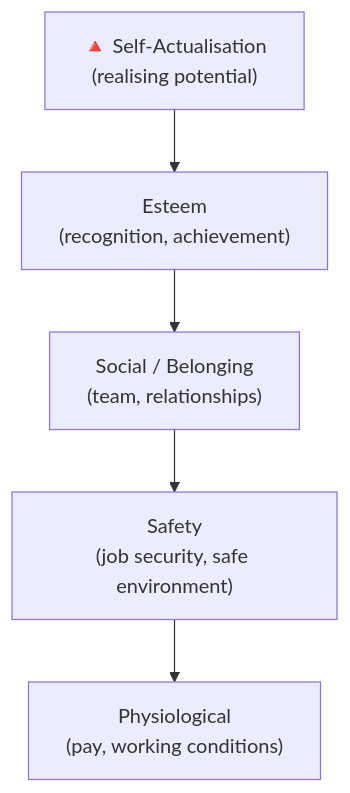
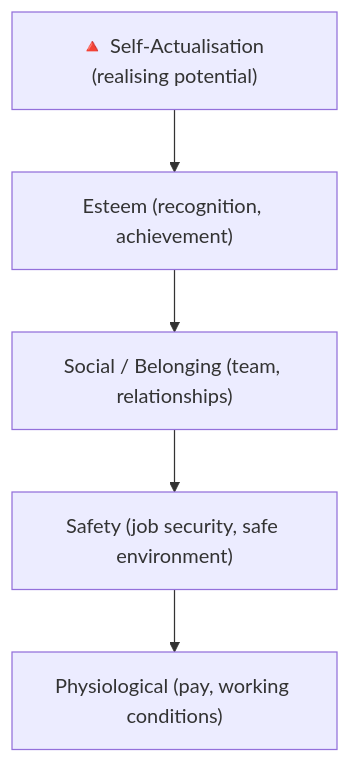
One commit to UncleJS/course_projectManagement changed the first of 3 diagrams in modules/14-resource-team.md. Above: the diagram before and after it, drawn with Mermaid. The commit also changed 16 other files, not shown here.

Commit message:
Fix Mermaid rendering: remove literal \n from all diagram labels; quote unquoted & in flowchart nodes

````diff
--- a/modules/14-resource-team.md
+++ b/modules/14-resource-team.md
@@ -176,9 +176,9 @@
 ```mermaid
 flowchart TD
-    SA["🔺 Self-Actualisation\n(realising potential)"]
-    ES["Esteem\n(recognition, achievement)"]
-    SO["Social / Belonging\n(team, relationships)"]
-    SF["Safety\n(job security, safe environment)"]
-    PH["Physiological\n(pay, working conditions)"]
+    SA["🔺 Self-Actualisation (realising potential)"]
+    ES["Esteem (recognition, achievement)"]
+    SO["Social / Belonging (team, relationships)"]
+    SF["Safety (job security, safe environment)"]
+    PH["Physiological (pay, working conditions)"]
     SA --> ES --> SO --> SF --> PH
 ```
````
